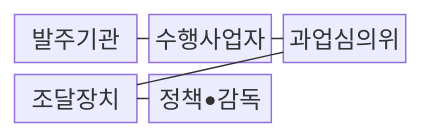
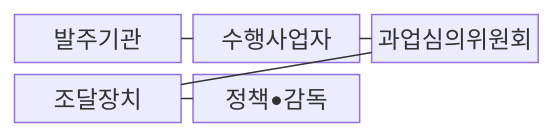
One commit to agnusdei1207/knowledge-base changed the first of 2 diagrams in src/content/docs/notes/07-law-policy/015_sw_promotion_act.md. Above: the diagram before and after it, drawn with Mermaid. The commit also changed other lines of this file and 493 other files, not shown here.

````diff
--- a/src/content/docs/notes/07-law-policy/015_sw_promotion_act.md
+++ b/src/content/docs/notes/07-law-policy/015_sw_promotion_act.md
@@ -67,13 +67,13 @@
 ```mermaid
 block-beta
     columns 3
     A["발주기관"]
     B["수행사업자"]
-    C["과업심의위"]
+    C["과업심의위원회"]
     D["조달장치"]
     E["정책•감독"]
     A --- B
     B --- C
     C --- D
     D --- E
 ```
````
